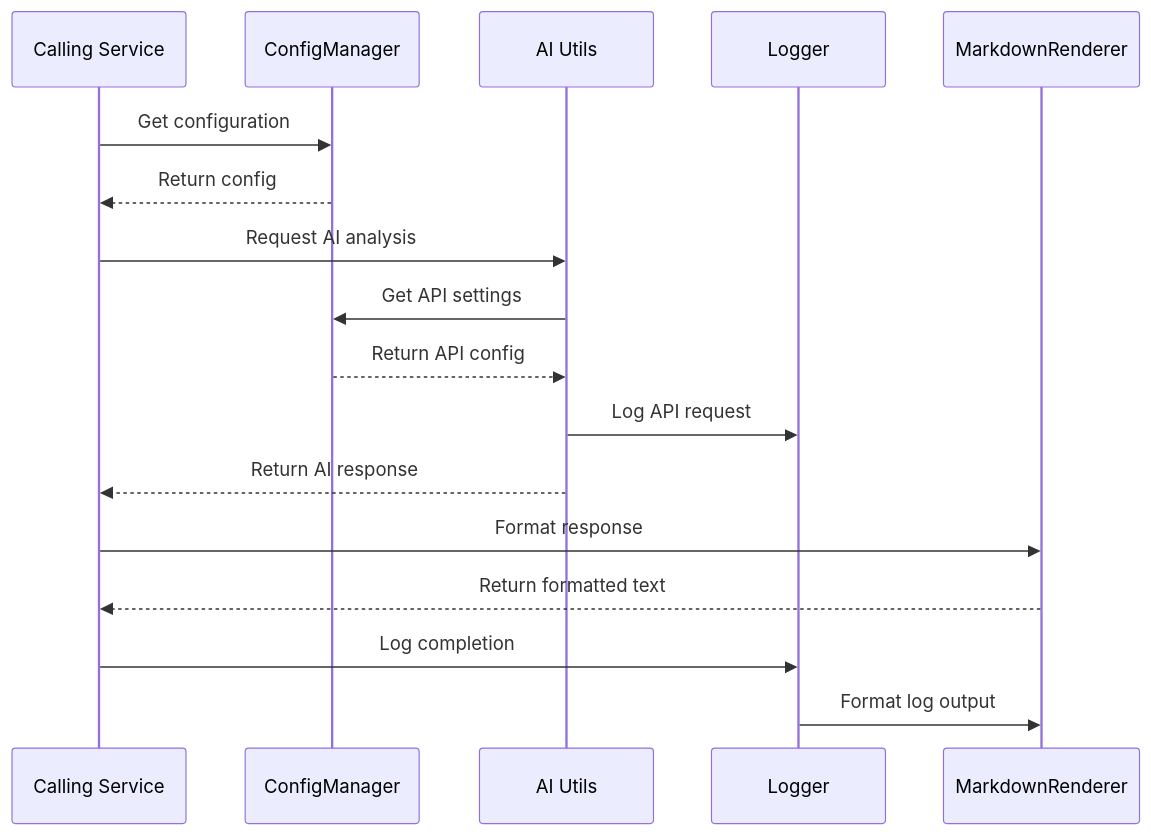
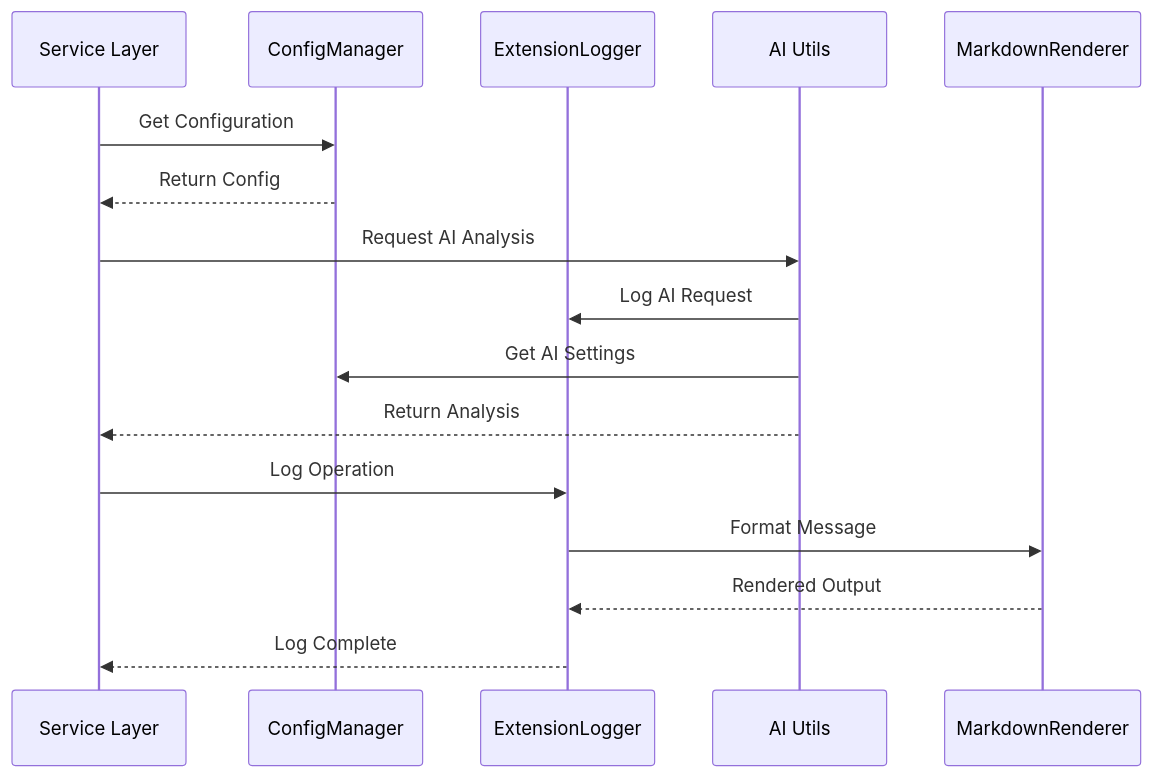
The sixth of 6 diagrams in gitcue/src/utils/README.md (sbeeredd04/auto-git), drawn with Mermaid before and after one commit. The commit also changed other lines of this file and 9 other files, not shown here.

````diff
--- a/gitcue/src/utils/README.md
+++ b/gitcue/src/utils/README.md
@@ -723,23 +695,21 @@
 ```mermaid
 sequenceDiagram
-    participant Service as Calling Service
+    participant Service as Service Layer
     participant Config as ConfigManager
+    participant Logger as ExtensionLogger
     participant AI as AI Utils
-    participant Logger as Logger
     participant Markdown as MarkdownRenderer
     
-    Service->>Config: Get configuration
-    Config-->>Service: Return config
+    Service->>Config: Get Configuration
+    Config-->>Service: Return Config
     
-    Service->>AI: Request AI analysis
-    AI->>Config: Get API settings
-    Config-->>AI: Return API config
-    AI->>Logger: Log API request
-    AI-->>Service: Return AI response
+    Service->>AI: Request AI Analysis
+    AI->>Logger: Log AI Request
+    AI->>Config: Get AI Settings
+    AI-->>Service: Return Analysis
     
-    Service->>Markdown: Format response
-    Markdown-->>Service: Return formatted text
-    
-    Service->>Logger: Log completion
-    Logger->>Markdown: Format log output
+    Service->>Logger: Log Operation
+    Logger->>Markdown: Format Message
+    Markdown-->>Logger: Rendered Output
+    Logger-->>Service: Log Complete
 ```
````
